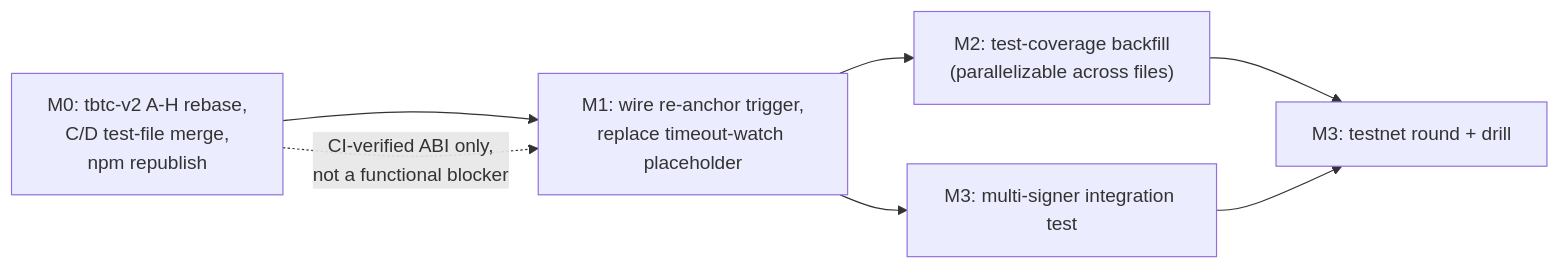
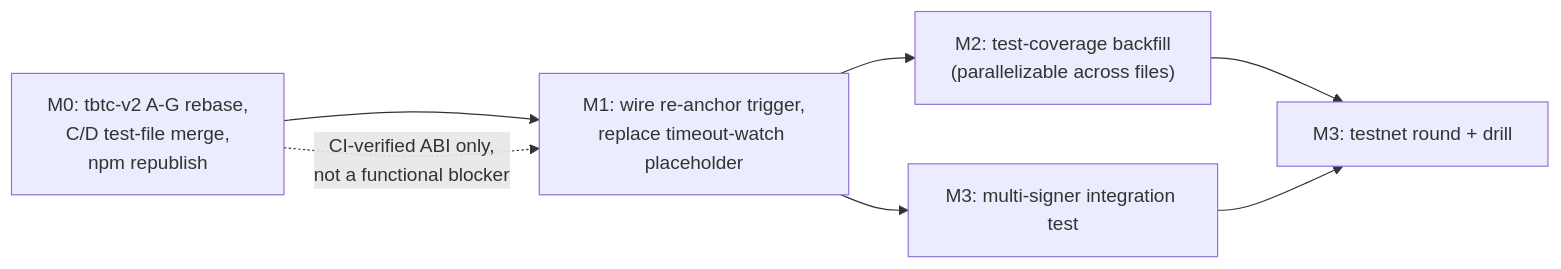
The diagram in docs/spec/reservations/m1-keep-core-readiness/04-implementation-plan.md (threshold-network/keep-core), drawn with Mermaid before and after one commit. The commit also changed other lines of this file and 18 other files, not shown here.

````diff
--- a/docs/spec/reservations/m1-keep-core-readiness/04-implementation-plan.md
+++ b/docs/spec/reservations/m1-keep-core-readiness/04-implementation-plan.md
@@ -98,9 +102,9 @@
 ```mermaid
 flowchart LR
-    A["M0: tbtc-v2 A-H rebase,\nC/D test-file merge,\nnpm republish"] --> B["M1: wire re-anchor trigger,\nreplace timeout-watch placeholder"]
+    A["M0: tbtc-v2 A-G rebase,\nC/D test-file merge,\nnpm republish"] --> B["M1: wire re-anchor trigger,\nreplace timeout-watch placeholder"]
     A -.CI-verified ABI only,\nnot a functional blocker.-> B
     B --> C["M2: test-coverage backfill\n(parallelizable across files)"]
     B --> D["M3: multi-signer integration test"]
     C --> E["M3: testnet round + drill"]
     D --> E
 ```
````
